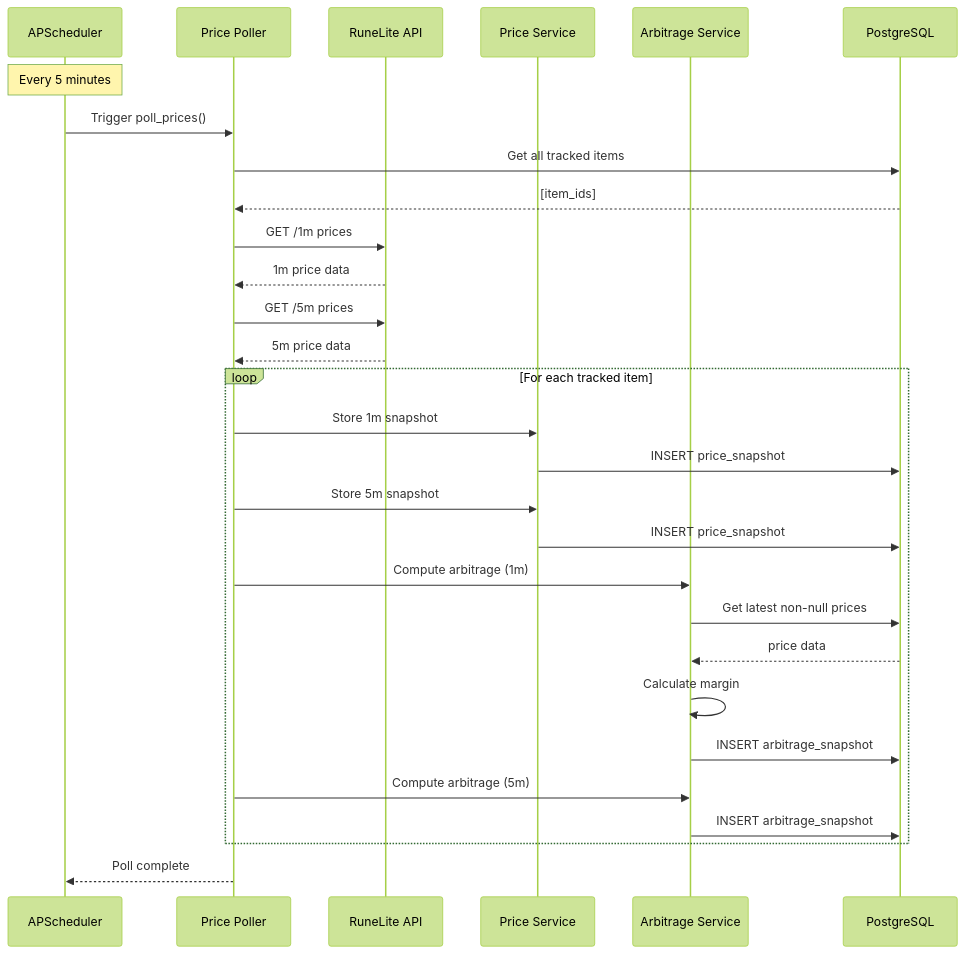
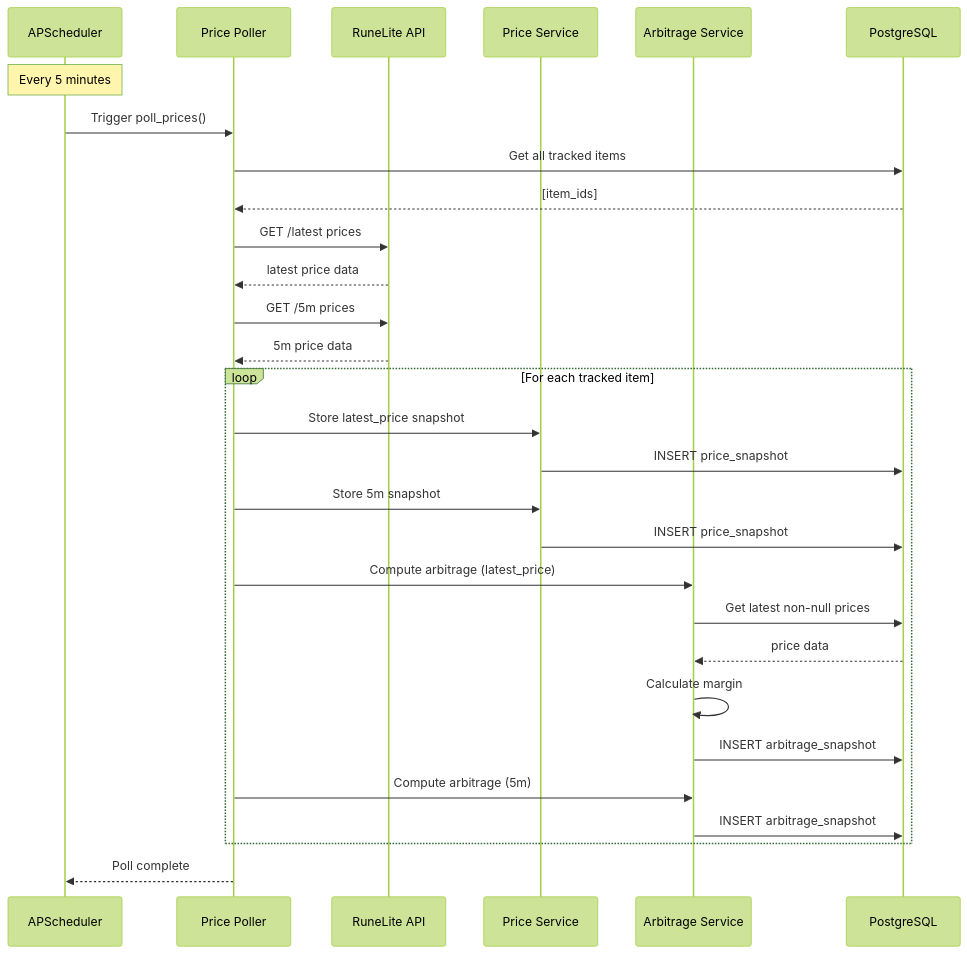
One commit to EIIis/osrs-arbitrage changed the second of 3 diagrams in README.md. Above: the diagram before and after it, drawn with Mermaid (forest theme). The commit also changed other lines of this file and 18 other files, not shown here.

````diff
--- a/README.md
+++ b/README.md
@@ -299,40 +300,40 @@
 ```mermaid
 sequenceDiagram
     participant Scheduler as APScheduler
     participant Poller as Price Poller
     participant API as RuneLite API
     participant PriceSvc as Price Service
     participant ArbSvc as Arbitrage Service
     participant DB as PostgreSQL
 
     Note over Scheduler: Every 5 minutes
     Scheduler->>Poller: Trigger poll_prices()
 
     Poller->>DB: Get all tracked items
     DB-->>Poller: [item_ids]
 
-    Poller->>API: GET /1m prices
-    API-->>Poller: 1m price data
+    Poller->>API: GET /latest prices
+    API-->>Poller: latest price data
 
     Poller->>API: GET /5m prices
     API-->>Poller: 5m price data
 
     loop For each tracked item
-        Poller->>PriceSvc: Store 1m snapshot
+        Poller->>PriceSvc: Store latest_price snapshot
         PriceSvc->>DB: INSERT price_snapshot
 
         Poller->>PriceSvc: Store 5m snapshot
         PriceSvc->>DB: INSERT price_snapshot
 
-        Poller->>ArbSvc: Compute arbitrage (1m)
+        Poller->>ArbSvc: Compute arbitrage (latest_price)
         ArbSvc->>DB: Get latest non-null prices
         DB-->>ArbSvc: price data
         ArbSvc->>ArbSvc: Calculate margin
         ArbSvc->>DB: INSERT arbitrage_snapshot
 
         Poller->>ArbSvc: Compute arbitrage (5m)
         ArbSvc->>DB: INSERT arbitrage_snapshot
     end
 
     Poller-->>Scheduler: Poll complete
 ```
````
